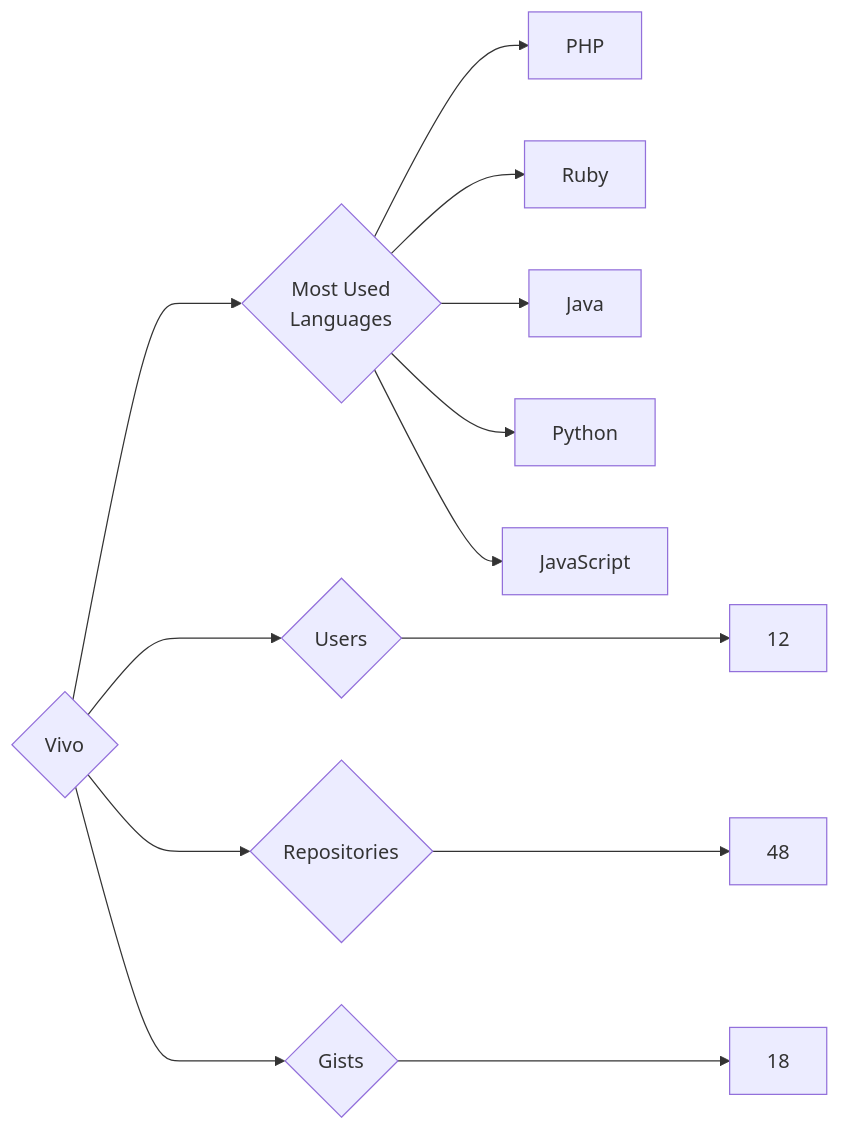
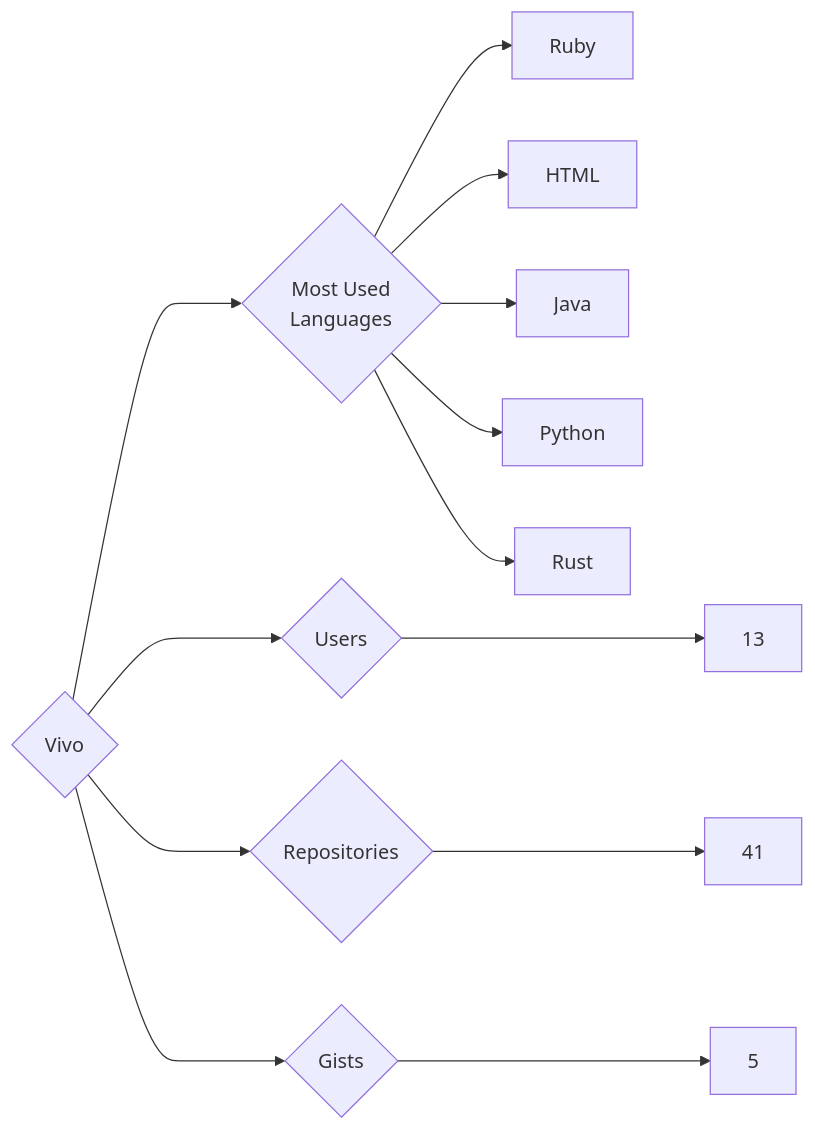
The diagram in targets/Vivo/README.md (trickest/insiders), drawn with Mermaid before and after one commit. The commit also changed 969 other files, not shown here.

````diff
--- a/targets/Vivo/README.md
+++ b/targets/Vivo/README.md
@@ -3,13 +3,13 @@
 ```mermaid
 graph LR
 COMPANY_NAME{Vivo}
-COMPANY_NAME ---> U{Users} ---> UN[12]
-COMPANY_NAME ---> R{Repositories} ---> RN[48]
-COMPANY_NAME ---> G{Gists} ---> GN[18]
+COMPANY_NAME ---> U{Users} ---> UN[13]
+COMPANY_NAME ---> R{Repositories} ---> RN[41]
+COMPANY_NAME ---> G{Gists} ---> GN[5]
 COMPANY_NAME ---> ML{Most Used<br>Languages}
-ML --> PHP[PHP]
 ML --> Ruby[Ruby]
+ML --> HTML[HTML]
 ML --> Java[Java]
 ML --> Python[Python]
-ML --> JavaScript[JavaScript]
+ML --> Rust[Rust]
 ```
````
